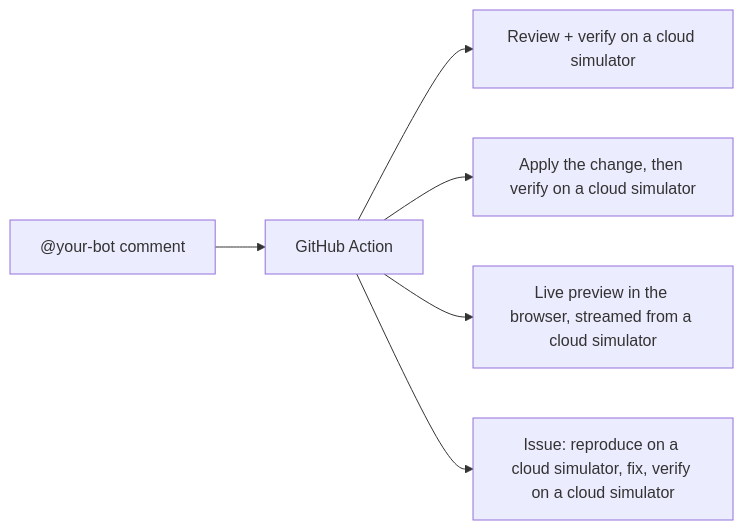
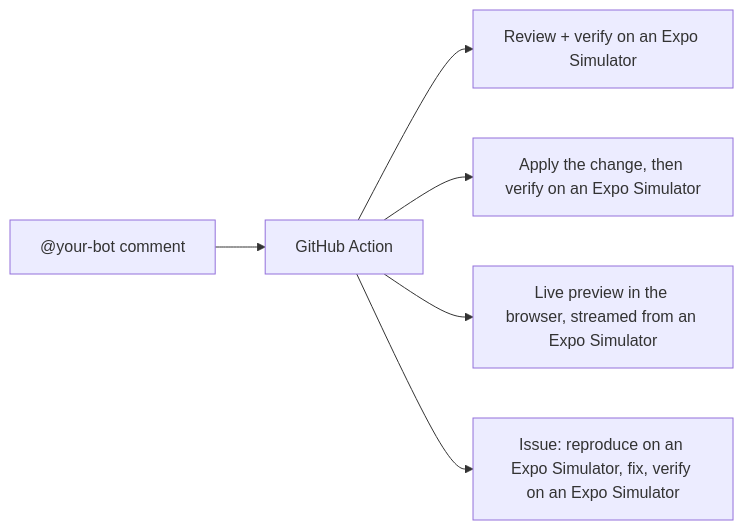
One commit to jacobhammerle/todo-app changed the second of 3 diagrams in README.md. Above: the diagram before and after it, drawn with Mermaid. The commit also changed other lines of this file and 10 other files, not shown here.

First line of the commit message:
Call the cloud devices Expo Simulators everywhere in prose

````diff
--- a/README.md
+++ b/README.md
@@ -38,8 +38,8 @@
 ```mermaid
 flowchart LR
     A["@your-bot comment"] --> B[GitHub Action]
-    B --> C[Review + verify on a cloud simulator]
-    B --> D[Apply the change, then verify on a cloud simulator]
-    B --> E[Live preview in the browser, streamed from a cloud simulator]
-    B --> F[Issue: reproduce on a cloud simulator, fix, verify on a cloud simulator]
+    B --> C[Review + verify on an Expo Simulator]
+    B --> D[Apply the change, then verify on an Expo Simulator]
+    B --> E[Live preview in the browser, streamed from an Expo Simulator]
+    B --> F[Issue: reproduce on an Expo Simulator, fix, verify on an Expo Simulator]
 ```
````
